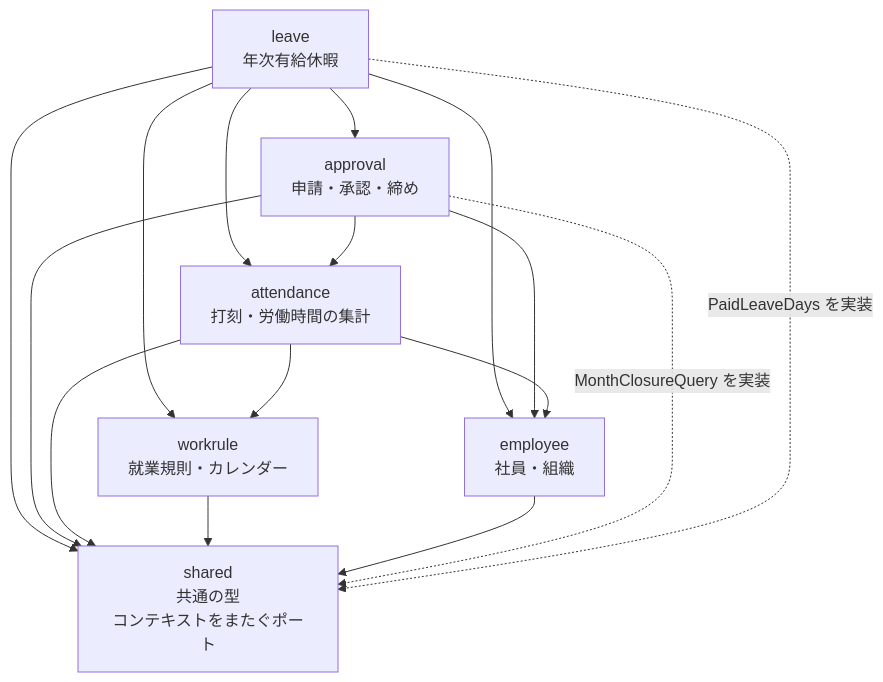
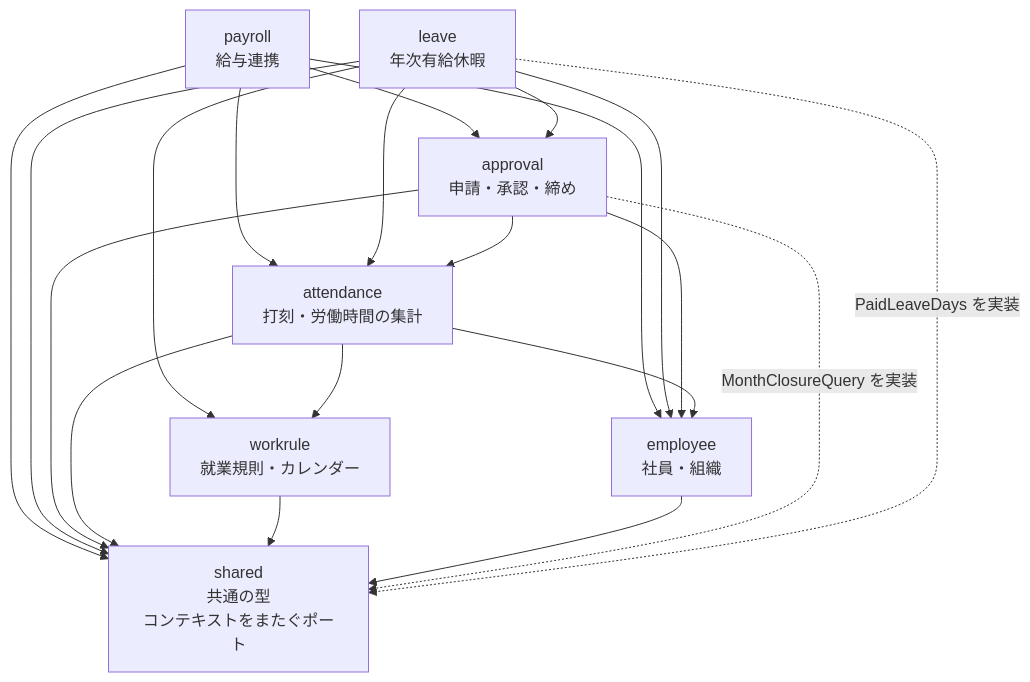
The diagram in doc/02_詳細設計/00_共通/diagrams/コンテキスト間の依存.mmd (masaki-i02/newJavaProject), drawn with Mermaid before and after one commit. The commit also changed 16 other files, not shown here.

```diff
--- a/doc/02_詳細設計/00_共通/diagrams/コンテキスト間の依存.mmd
+++ b/doc/02_詳細設計/00_共通/diagrams/コンテキスト間の依存.mmd
@@ -1,24 +1,29 @@
 flowchart TD
     approval["approval<br/>申請・承認・締め"]
     attendance["attendance<br/>打刻・労働時間の集計"]
     workrule["workrule<br/>就業規則・カレンダー"]
     employee["employee<br/>社員・組織"]
     leave["leave<br/>年次有給休暇"]
+    payroll["payroll<br/>給与連携"]
     shared["shared<br/>共通の型<br/>コンテキストをまたぐポート"]
 
+    payroll --> approval
+    payroll --> attendance
+    payroll --> employee
+    payroll --> shared
     leave --> approval
     leave --> attendance
     leave --> workrule
     leave --> employee
     leave --> shared
     approval --> attendance
     approval --> employee
     attendance --> workrule
     attendance --> employee
     approval --> shared
     attendance --> shared
     workrule --> shared
     employee --> shared
 
     approval -. "MonthClosureQuery を実装" .-> shared
     leave -. "PaidLeaveDays を実装" .-> shared
```
